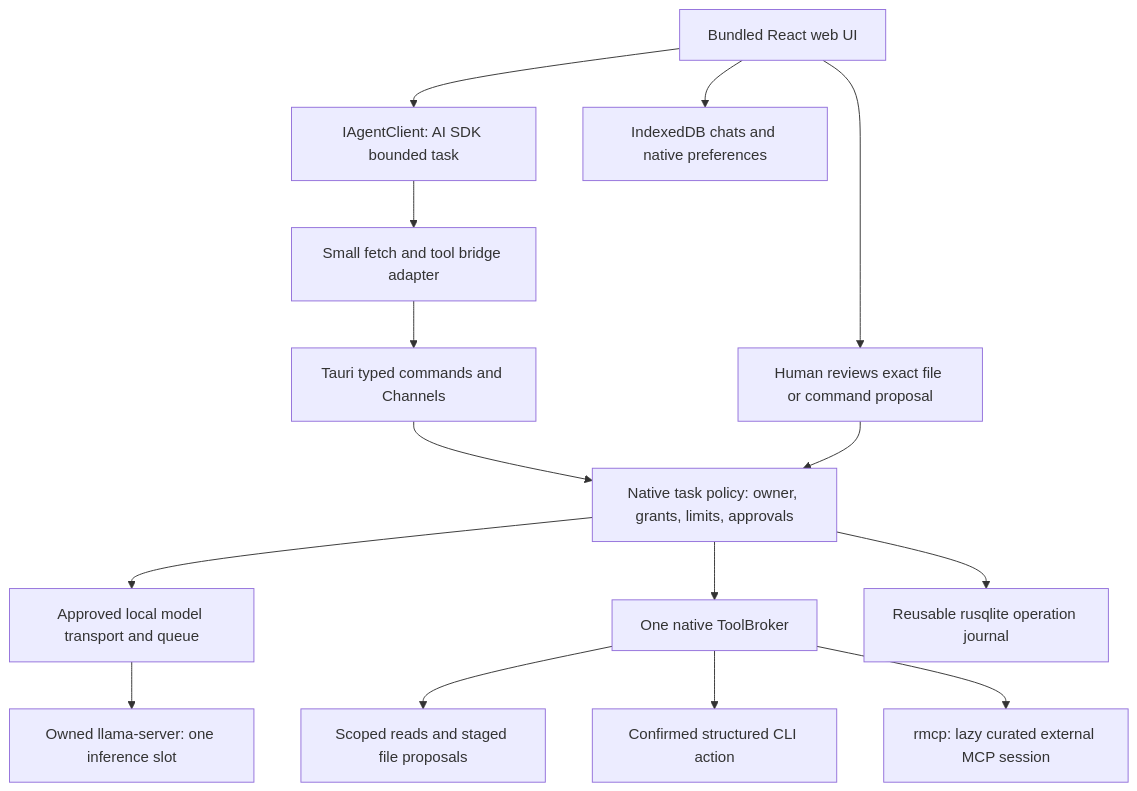
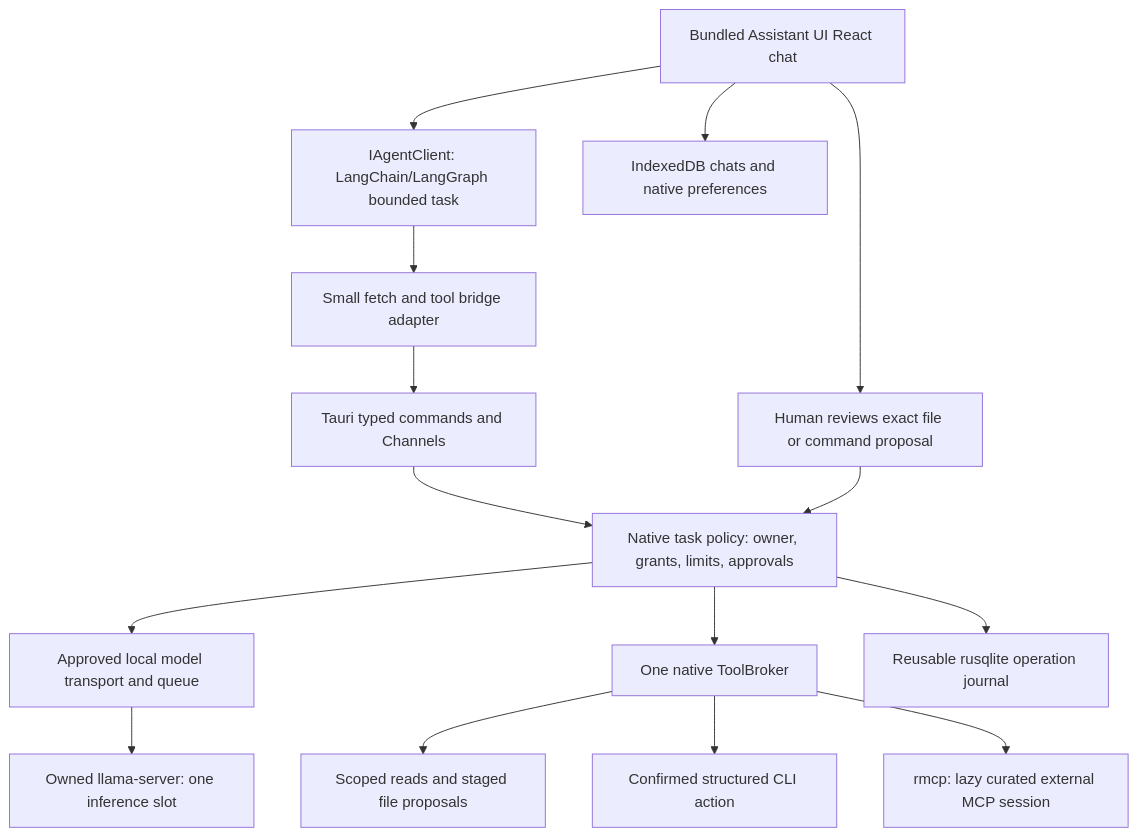
One commit to meharajM/ai-worker-desktop changed the diagram in plans/local-desktop-product-plan.md. Above: the diagram before and after it, drawn with Mermaid. The commit also changed other lines of this file and 9 other files, not shown here.

````diff
--- a/plans/local-desktop-product-plan.md
+++ b/plans/local-desktop-product-plan.md
@@ -44,17 +48,17 @@
 ```mermaid
 flowchart TB
-    UI[Bundled React web UI] --> AC[IAgentClient: AI SDK bounded task]
+    UI[Bundled Assistant UI React chat] --> AC[IAgentClient: LangChain/LangGraph bounded task]
     AC --> BF[Small fetch and tool bridge adapter]
     BF --> IPC[Tauri typed commands and Channels]
     IPC --> POL[Native task policy: owner, grants, limits, approvals]
     POL --> HTTP[Approved local model transport and queue]
     HTTP --> LLM[Owned llama-server: one inference slot]
     POL --> TB[One native ToolBroker]
     TB --> FS[Scoped reads and staged file proposals]
     TB --> CLI[Confirmed structured CLI action]
     TB --> MCP[rmcp: lazy curated external MCP session]
     POL --> JOURNAL[Reusable rusqlite operation journal]
     UI --> REV[Human reviews exact file or command proposal]
     REV --> POL
     UI --> DATA[IndexedDB chats and native preferences]
 ```
````
